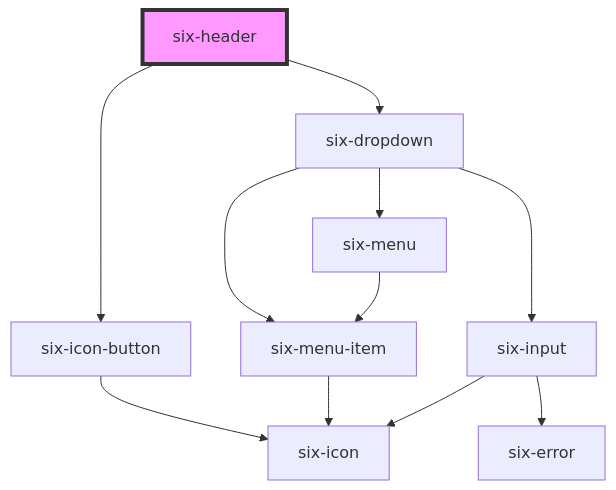
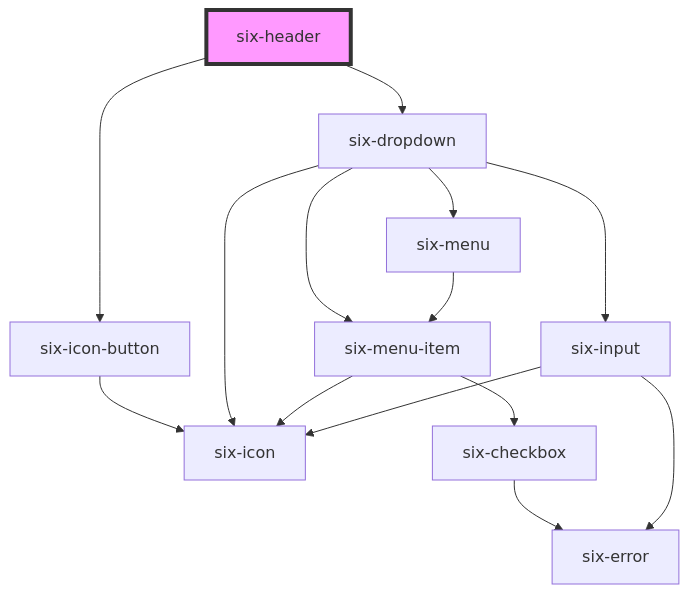
One commit to six-group/six-webcomponents changed the diagram in docs/components/six-header.md. Above: the diagram before and after it, drawn with Mermaid. The commit also changed other lines of this file and 129 other files, not shown here.

````diff
--- a/docs/components/six-header.md
+++ b/docs/components/six-header.md
@@ -316,14 +322,17 @@
 ```mermaid
 graph TD;
   six-header --> six-icon-button
   six-header --> six-dropdown
   six-icon-button --> six-icon
   six-dropdown --> six-menu-item
   six-dropdown --> six-input
+  six-dropdown --> six-icon
   six-dropdown --> six-menu
+  six-menu-item --> six-checkbox
   six-menu-item --> six-icon
+  six-checkbox --> six-error
   six-input --> six-icon
   six-input --> six-error
   six-menu --> six-menu-item
   style six-header fill:#f9f,stroke:#333,stroke-width:4px
 ```
````
